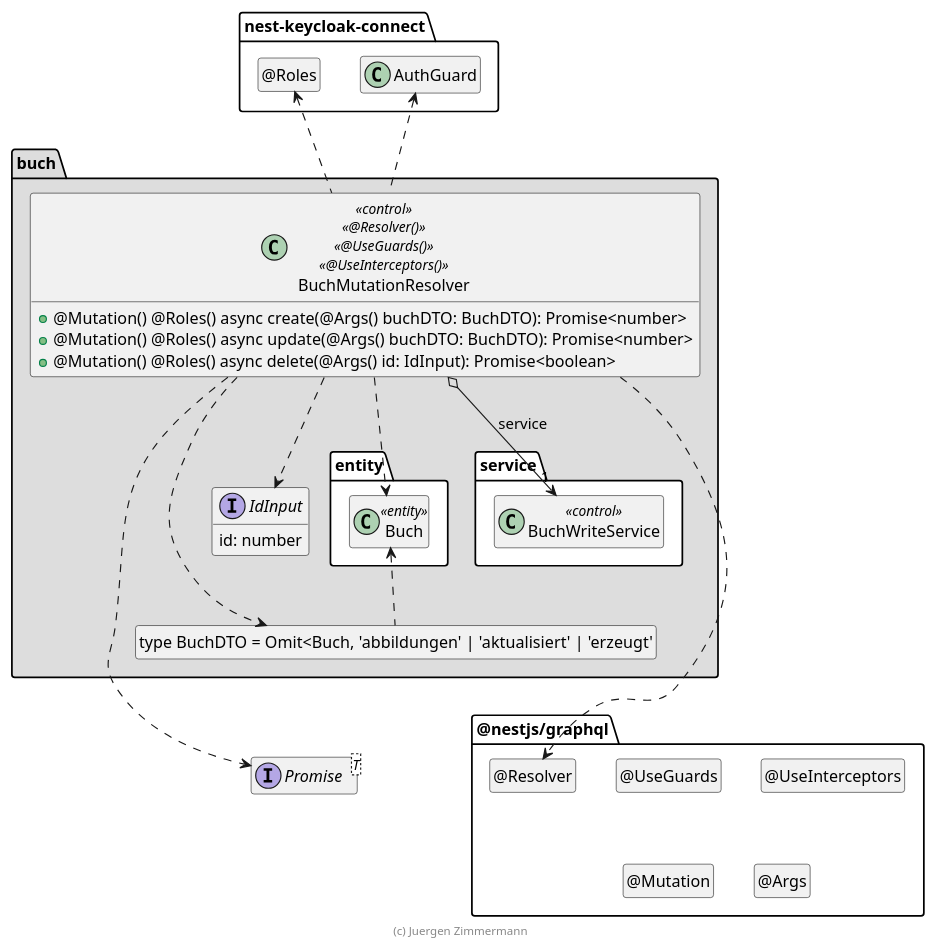
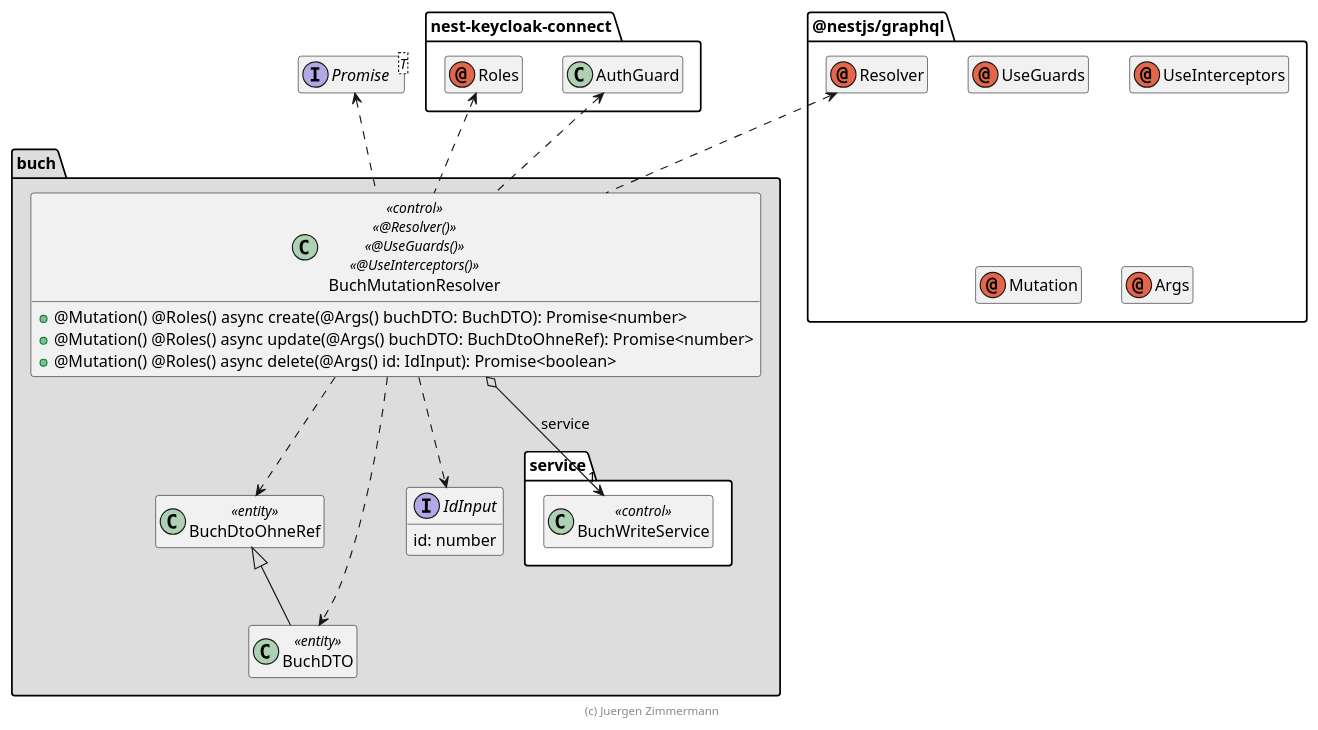
Before and after one commit to juergenzimmermann/buch: the diagram in .extras/doc/projekthandbuch/BuchMutationResolver.plantuml, drawn with PlantUML. The commit also changed 18 other files, not shown here.

Commit message:
PlantUML mit Prisma; Prettier

```diff
--- a/.extras/doc/projekthandbuch/BuchMutationResolver.plantuml
+++ b/.extras/doc/projekthandbuch/BuchMutationResolver.plantuml
@@ -18,71 +18,57 @@
 @startuml Controller-Klasse
 
 interface Promise<T>
 
 package @nestjs/graphql {
-  class "@Resolver" as Resolver
-  hide Resolver circle
-
-  class "@UseGuards" as UseGuards
-  hide UseGuards circle
-
-  class "@UseInterceptors" as UseInterceptors
-  hide UseInterceptors circle
-
-  class "@Mutation" as Mutation
-  hide Mutation circle
-
-  class "@Args" as Args
-  hide Args circle
+  annotation Resolver
+  annotation UseGuards
+  annotation UseInterceptors
+  annotation Mutation
+  annotation Args
 }
 
 package nest-keycloak-connect {
   class AuthGuard
-
-  class "@Roles" as Roles
-  hide Roles circle
+  annotation Roles
 }
 
 package buch #DDDDDD {
-  package entity #FFFFFF {
-    class Buch <<entity>>
-  }
-
   package service #FFFFFF {
     class BuchWriteService << control >>
   }
 
-  class "type BuchDTO = Omit<Buch, 'abbildungen' | 'aktualisiert' | 'erzeugt'" as BuchDTO
-  hide BuchDTO circle
+  class BuchDtoOhneRef << entity >>
+  class BuchDTO << entity >>
+  BuchDtoOhneRef <|-- BuchDTO
 
-    interface IdInput {
-        id: number
-    }
+  interface IdInput {
+      id: number
+  }
 
   class BuchMutationResolver << control >> << @Resolver() >> << @UseGuards() >> << @UseInterceptors() >> {
     + @Mutation() @Roles() async create(@Args() buchDTO: BuchDTO): Promise<number>
-    + @Mutation() @Roles() async update(@Args() buchDTO: BuchDTO): Promise<number>
+    + @Mutation() @Roles() async update(@Args() buchDTO: BuchDtoOhneRef): Promise<number>
     + @Mutation() @Roles() async delete(@Args() id: IdInput): Promise<boolean>
   }
 
   BuchMutationResolver o-down-> "1" BuchWriteService : service
 
-  BuchMutationResolver ..> Buch
   BuchMutationResolver ..> BuchDTO
+  BuchMutationResolver ..> BuchDtoOhneRef
   BuchMutationResolver ..> IdInput
-  BuchDTO .up.> Buch
-  BuchMutationResolver ..> Promise
-  BuchMutationResolver ..> Resolver
+
+  BuchMutationResolver .up.> Promise
+
+  BuchMutationResolver .up.> Resolver
 
   BuchMutationResolver .up.> AuthGuard
   BuchMutationResolver .up.> Roles
 
-  BuchDTO .[hidden].> Promise
-  BuchDTO .[hidden].> Resolver
+  Roles .[hidden]right.> Resolver
 }
 
 hide empty members
 
 footer (c) Juergen Zimmermann
 
 @enduml
```
